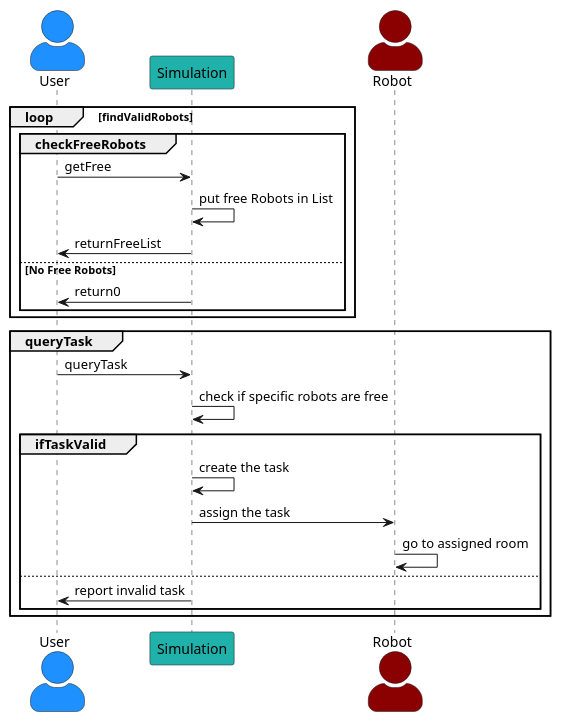
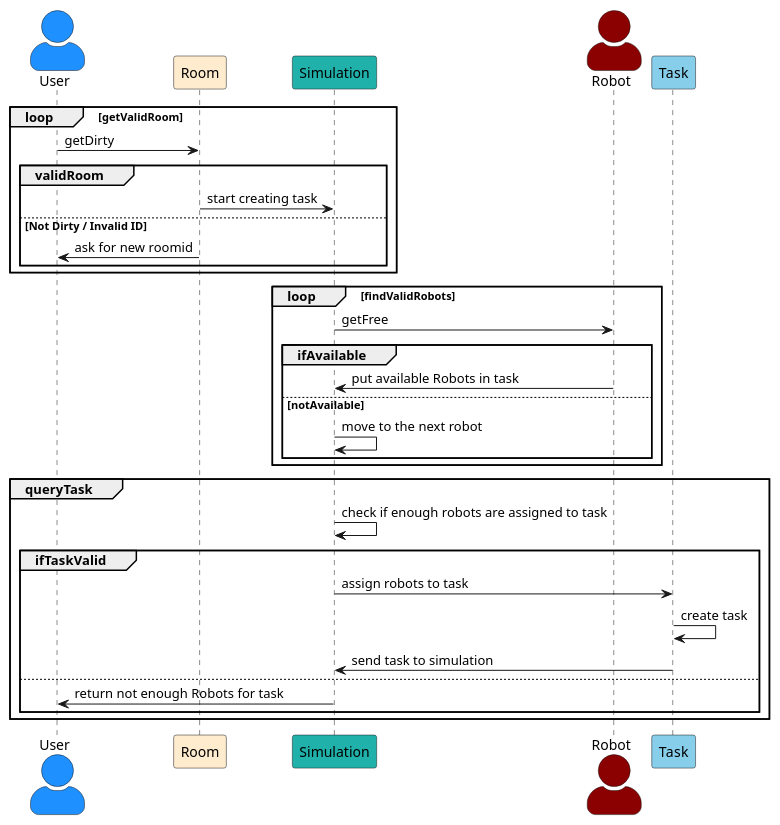
One commit to ur-cs-courses/course-project-clean-squad changed the diagram in docs/design/BehavioralDiagrams/assignTaskSequenceDiagram.puml. Above: the diagram before and after it, drawn with PlantUML. The commit also changed 3 other files, not shown here.

Commit message:
updated assign task

```diff
--- a/docs/design/BehavioralDiagrams/assignTaskSequenceDiagram.puml
+++ b/docs/design/BehavioralDiagrams/assignTaskSequenceDiagram.puml
@@ -1,31 +1,41 @@
 @startuml AssignTask
 skinparam DefaultFontName Times New Roman
 skinparam actorStyle awesome
 
 actor User #DodgerBlue
+participant Room #BlanchedAlmond
 participant Simulation #LightSeaGreen
 actor Robot #DarkRed
+participant Task #SkyBlue
+
+loop getValidRoom
+User -> Room: getDirty
+group validRoom
+    Room -> Simulation: start creating task
+    else Not Dirty / Invalid ID
+        Room -> User: ask for new roomid
+    end
+end
+
 
 loop findValidRobots
-    group checkFreeRobots
-        User -> Simulation: getFree
-        Simulation -> Simulation: put free Robots in List
-        Simulation -> User: returnFreeList
-    else No Free Robots
-        Simulation -> User: return0
+    Simulation -> Robot: getFree
+    group ifAvailable
+        Robot -> Simulation: put available Robots in task
+    else notAvailable
+        Simulation -> Simulation: move to the next robot
     end
 end
 
 group queryTask
-    User -> Simulation: queryTask
-    Simulation -> Simulation: check if specific robots are free
+    Simulation -> Simulation: check if enough robots are assigned to task
         group ifTaskValid
-            Simulation -> Simulation: create the task
-            Simulation -> Robot: assign the task
-            Robot -> Robot: go to assigned room
+            Simulation -> Task: assign robots to task
+            Task -> Task: create task
+            Task -> Simulation: send task to simulation
         else
-            Simulation -> User: report invalid task
+            Simulation -> User: return not enough Robots for task
         end
 end
 
 @enduml
```
